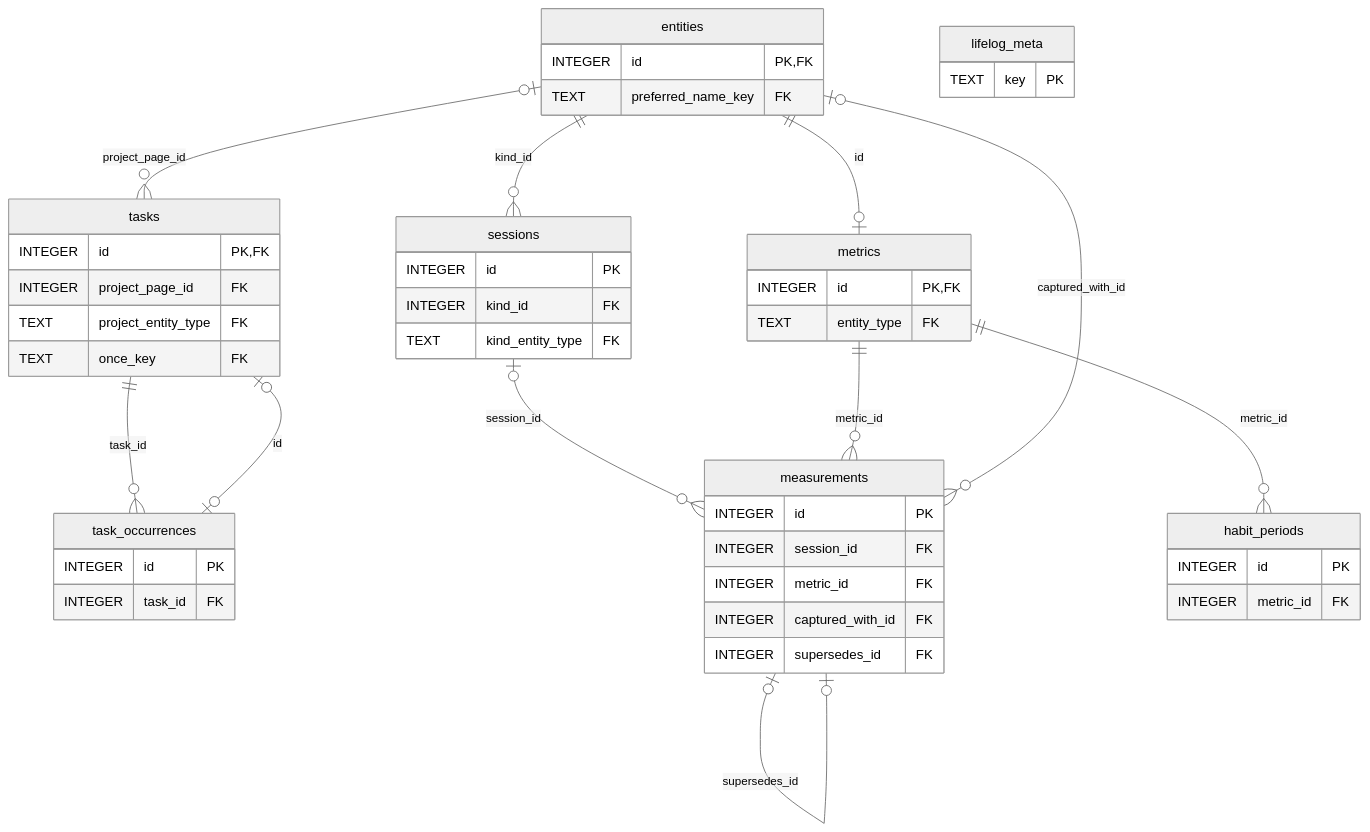
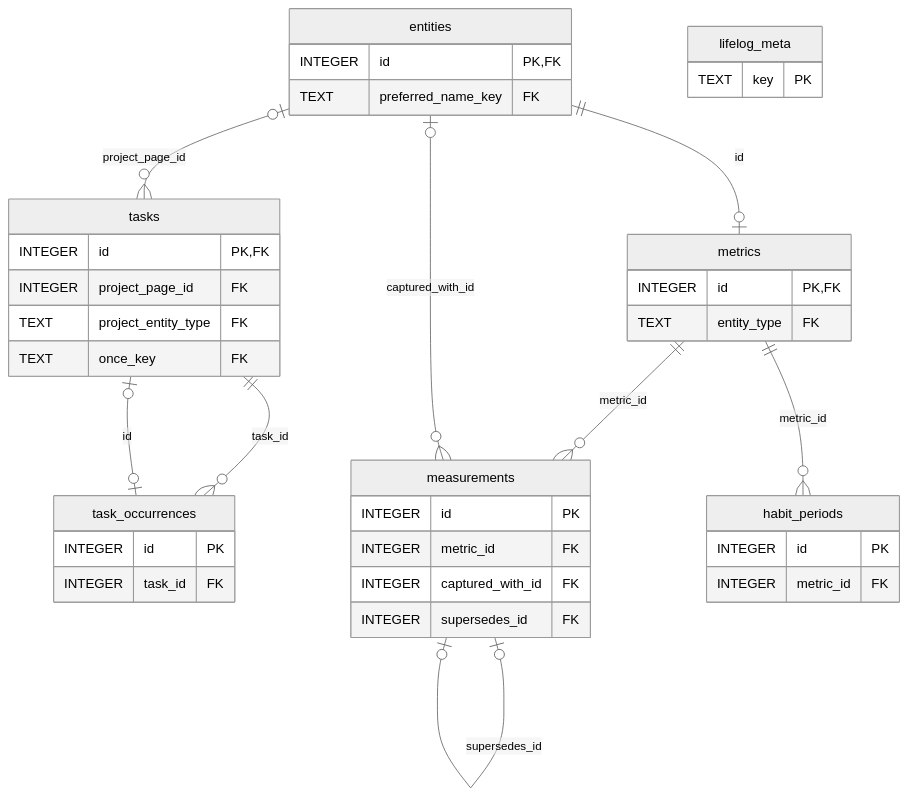
The second of 2 diagrams in docs/architecture/entity-model.md (alexradunet/lifelogdb), drawn with Mermaid (neutral theme) before and after one commit. The commit also changed 126 other files, not shown here.

````diff
--- a/docs/architecture/entity-model.md
+++ b/docs/architecture/entity-model.md
@@ -75,52 +75,44 @@
 ```mermaid
 %% diagram: er-facts
 erDiagram
     entities    ||--o| metrics : "id"
-    entities ||--o{ sessions : "kind_id"
     entities |o--o{ tasks : "project_page_id"
     tasks ||--o{ task_occurrences : "task_id"
     task_occurrences |o--o| tasks : "id"
-    sessions |o--o{ measurements : "session_id"
     metrics     ||--o{ measurements : "metric_id"
     entities    |o--o{ measurements : "captured_with_id"
     measurements |o--o| measurements : "supersedes_id"
     metrics     ||--o{ habit_periods : "metric_id"
 
     metrics {
         INTEGER id PK, FK
         TEXT entity_type FK
     }
     tasks {
         INTEGER id PK, FK
         INTEGER project_page_id FK
         TEXT project_entity_type FK
         TEXT once_key FK
     }
     task_occurrences {
         INTEGER id PK
         INTEGER task_id FK
     }
-    sessions {
-        INTEGER id PK
-        INTEGER kind_id FK
-        TEXT kind_entity_type FK
-    }
     measurements {
         INTEGER id PK
-        INTEGER session_id FK
         INTEGER metric_id FK
         INTEGER captured_with_id FK
         INTEGER supersedes_id FK
     }
     entities {
         INTEGER id PK, FK
         TEXT preferred_name_key FK
     }
     habit_periods {
         INTEGER id PK
         INTEGER metric_id FK
     }
     lifelog_meta {
         TEXT key PK
     }
 ```
````
